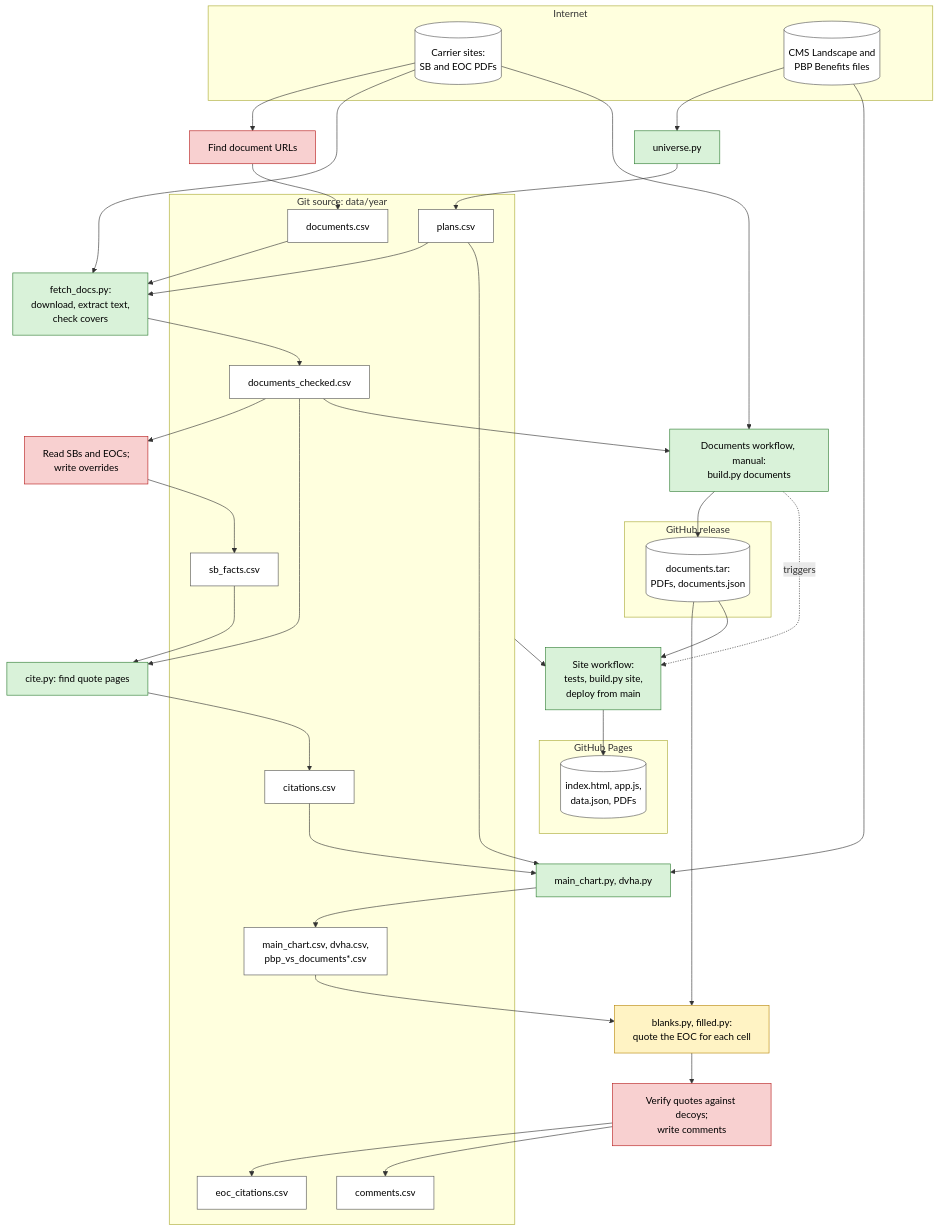
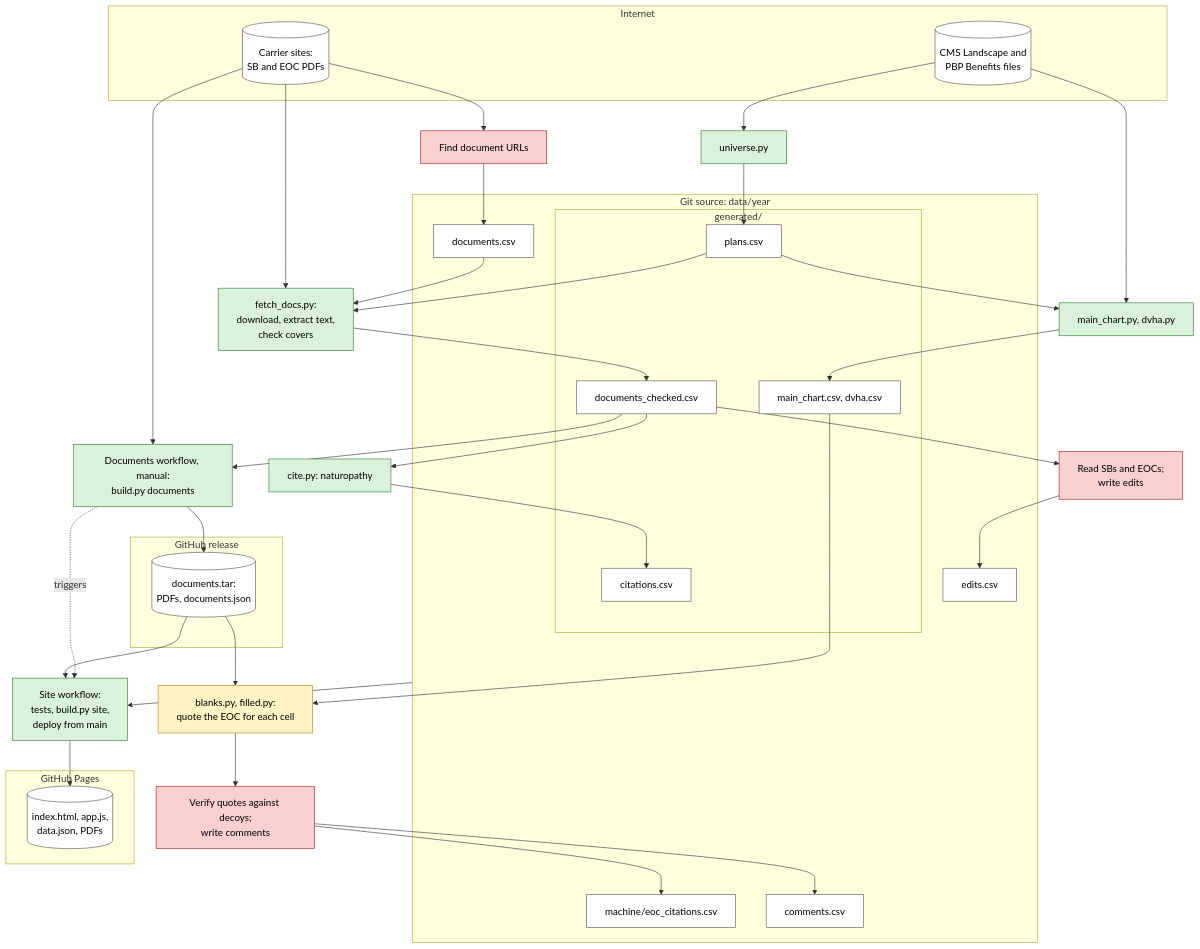
The diagram in docs/pipeline.md (rosenhouse-bot-sandbox/shiba-data), drawn with Mermaid before and after one commit. The commit also changed other lines of this file and 32 other files, not shown here.

First line of the commit message:
Split 2027 data into generated, machine and edits layers

````diff
--- a/docs/pipeline.md
+++ b/docs/pipeline.md
@@ -3,59 +3,61 @@
 ```mermaid
 flowchart TB
   classDef det fill:#d9f2d9,stroke:#2e7d32,color:#000
   classDef cheap fill:#fff3c4,stroke:#b8860b,color:#000
   classDef heavy fill:#f8d0d0,stroke:#b71c1c,color:#000
   classDef state fill:#fff,stroke:#555,color:#000
 
   subgraph external [Internet]
     carriers[(Carrier sites:<br>SB and EOC PDFs)]:::state
     cms[(CMS Landscape and<br>PBP Benefits files)]:::state
   end
 
   subgraph git [Git source: data/year]
     documents[documents.csv]:::state
-    plans[plans.csv]:::state
-    checked[documents_checked.csv]:::state
-    facts[sb_facts.csv]:::state
-    citations[citations.csv]:::state
-    sheets[main_chart.csv, dvha.csv,<br>pbp_vs_documents*.csv]:::state
-    eoccites[eoc_citations.csv]:::state
+    subgraph generated [generated/]
+      plans[plans.csv]:::state
+      checked[documents_checked.csv]:::state
+      citations[citations.csv]:::state
+      sheets[main_chart.csv, dvha.csv]:::state
+    end
+    eoccites[machine/eoc_citations.csv]:::state
+    edits[edits.csv]:::state
     comments[comments.csv]:::state
   end
 
   subgraph release [GitHub release]
     tar[(documents.tar:<br>PDFs, documents.json)]:::state
   end
 
   subgraph web [GitHub Pages]
     site[(index.html, app.js,<br>data.json, PDFs)]:::state
   end
 
   findurls[Find document URLs]:::heavy
   universe[universe.py]:::det
   fetch[fetch_docs.py:<br>download, extract text,<br>check covers]:::det
-  review[Read SBs and EOCs;<br>write overrides]:::heavy
-  cite[cite.py: find quote pages]:::det
+  review[Read SBs and EOCs;<br>write edits]:::heavy
+  cite[cite.py: naturopathy]:::det
   gen[main_chart.py, dvha.py]:::det
 
   carriers --> findurls --> documents
   cms --> universe --> plans
   documents & plans --> fetch --> checked
   carriers --> fetch
-  checked --> review --> facts
-  facts & checked --> cite --> citations
-  cms & plans & citations --> gen --> sheets
+  checked --> review --> edits
+  checked --> cite --> citations
+  cms & plans --> gen --> sheets
 
   extract[blanks.py, filled.py:<br>quote the EOC for each cell]:::cheap
   verify[Verify quotes against decoys;<br>write comments]:::heavy
 
   tar & sheets --> extract --> verify --> eoccites & comments
 
   docwf[Documents workflow, manual:<br>build.py documents]:::det
   sitewf[Site workflow:<br>tests, build.py site,<br>deploy from main]:::det
 
   checked --> docwf
   carriers --> docwf --> tar
   docwf -. triggers .-> sitewf
   tar & git --> sitewf --> site
 ```
````
